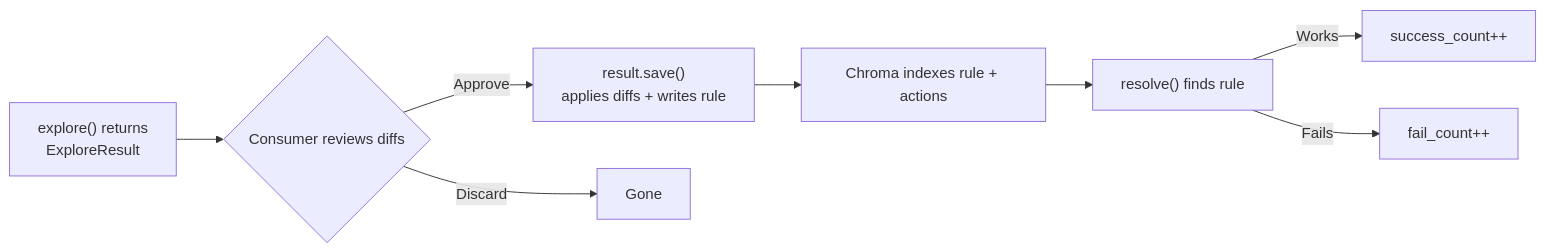
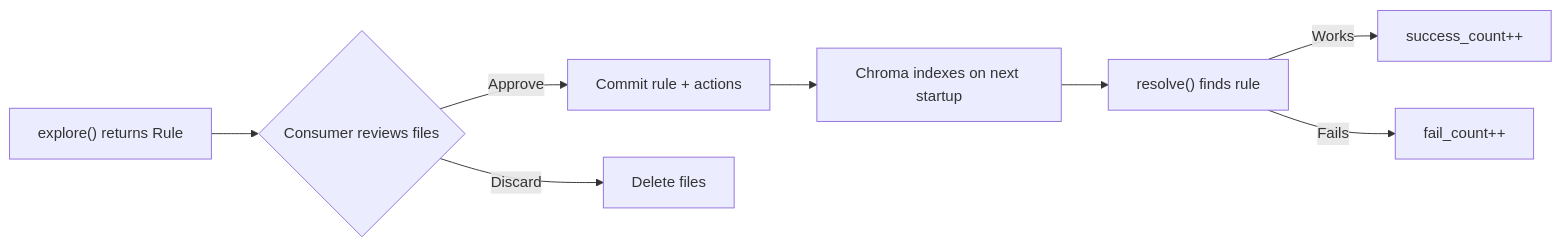
One commit to adhityaravi/theow changed the seventh of 7 diagrams in spec/pilot.md. Above: the diagram before and after it, drawn with Mermaid. The commit also changed other lines of this file and 1 other file, not shown here.

````diff
--- a/spec/pilot.md
+++ b/spec/pilot.md
@@ -698,11 +680,11 @@
 ```mermaid
 flowchart LR
-    EX["explore() returns<br>ExploreResult"] --> C{Consumer reviews diffs}
-    C -->|Approve| D["result.save()<br>applies diffs + writes rule"]
-    C -->|Discard| X[Gone]
-    D --> CH[Chroma indexes rule + actions]
+    EX["explore() returns Rule"] --> C{Consumer reviews files}
+    C -->|Approve| D[Commit rule + actions]
+    C -->|Discard| X[Delete files]
+    D --> CH[Chroma indexes on next startup]
     CH --> R["resolve() finds rule"]
     R -->|Works| S["success_count++"]
     R -->|Fails| F["fail_count++"]
     
 ```
````
